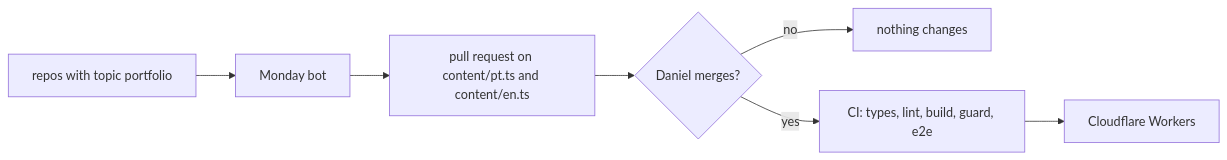
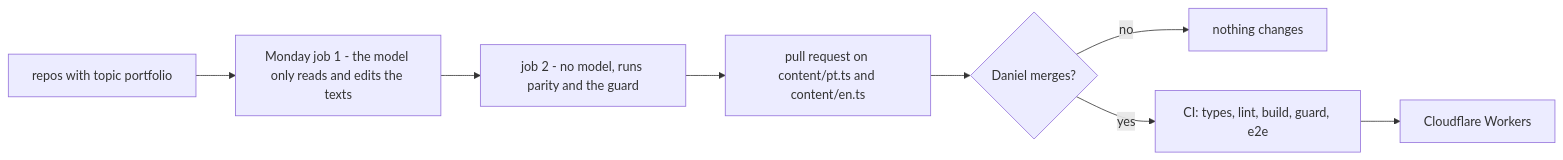
One commit to dv-dev1/portfolio changed the first of 2 diagrams in README.md. Above: the diagram before and after it, drawn with Mermaid. The commit also changed other lines of this file and 3 other files, not shown here.

````diff
--- a/README.md
+++ b/README.md
@@ -28,9 +28,10 @@
 ```mermaid
 flowchart LR
-    R[repos with topic portfolio] --> B[Monday bot]
-    B --> PR[pull request on content/pt.ts and content/en.ts]
+    R[repos with topic portfolio] --> B[Monday job 1 - the model only reads and edits the texts]
+    B --> V[job 2 - no model, runs parity and the guard]
+    V --> PR[pull request on content/pt.ts and content/en.ts]
     PR --> D{Daniel merges?}
     D -- no --> X[nothing changes]
     D -- yes --> CI[CI: types, lint, build, guard, e2e]
     CI --> W[Cloudflare Workers]
 ```
````
